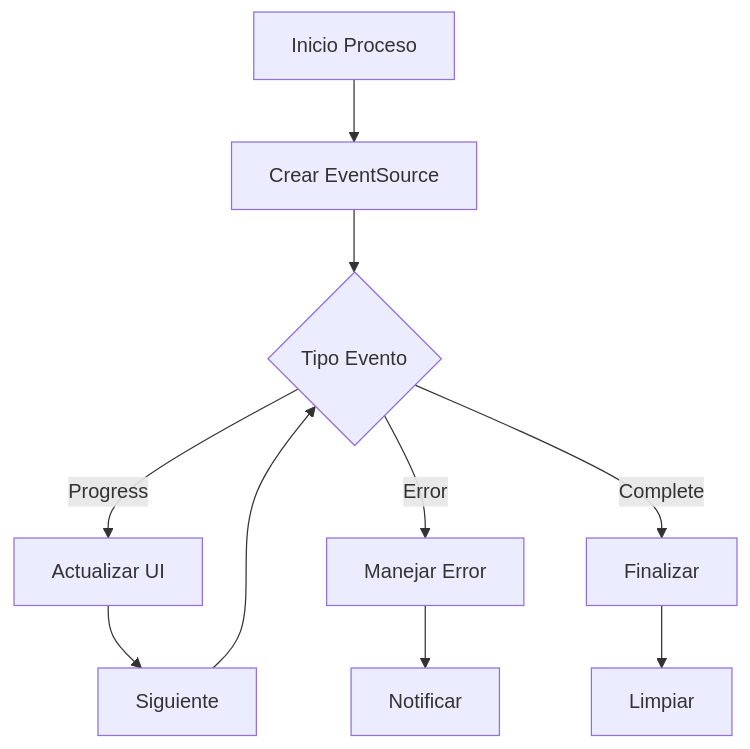
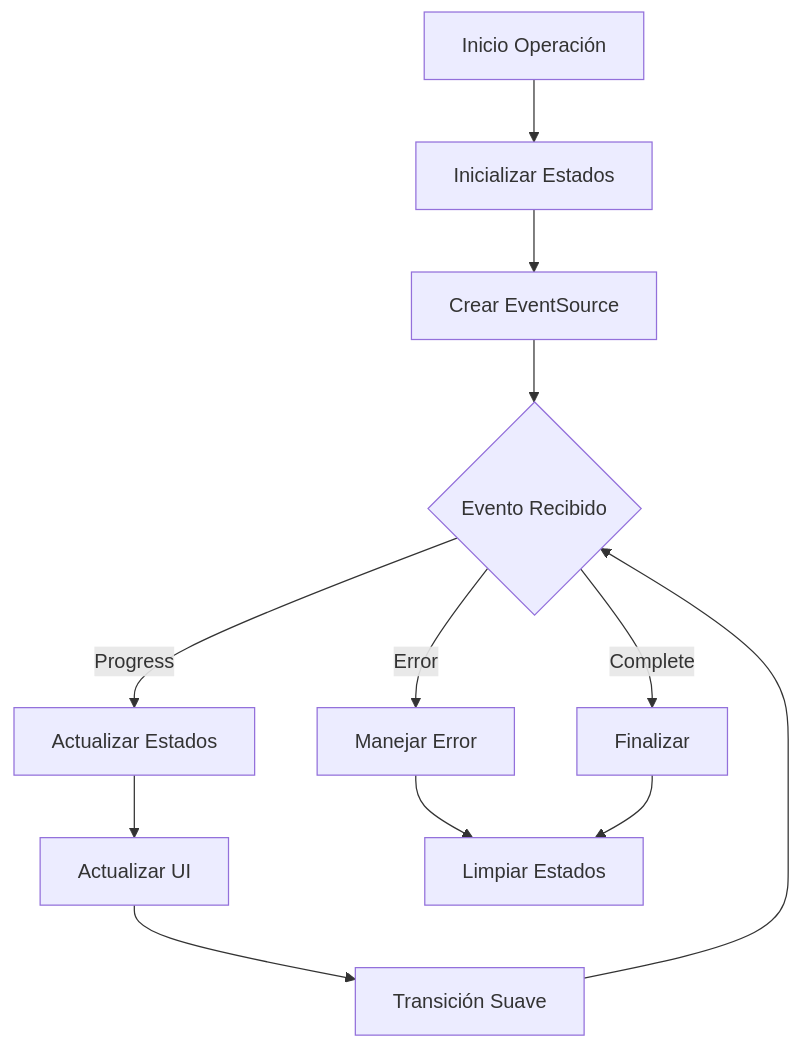
Before and after one commit to gvastethecreator/media-manager: the diagram in docs/progress.md, drawn with Mermaid. The commit also changed other lines of this file and 8 other files, not shown here.

````diff
--- a/docs/progress.md
+++ b/docs/progress.md
@@ -337,12 +256,14 @@
 ```mermaid
 flowchart TD
-  A[Inicio Proceso] --> B[Crear EventSource]
-  B --> C{Tipo Evento}
-  C -->|Progress| D[Actualizar UI]
-  C -->|Error| E[Manejar Error]
-  C -->|Complete| F[Finalizar]
-  D --> G[Siguiente]
-  G --> C
-  E --> H[Notificar]
-  F --> I[Limpiar]
+    A[Inicio Operación] --> B[Inicializar Estados]
+    B --> C[Crear EventSource]
+    C --> D{Evento Recibido}
+    D -->|Progress| E[Actualizar Estados]
+    E --> F[Actualizar UI]
+    F --> G[Transición Suave]
+    G --> D
+    D -->|Error| H[Manejar Error]
+    D -->|Complete| I[Finalizar]
+    H --> J[Limpiar Estados]
+    I --> J
 ```
````
